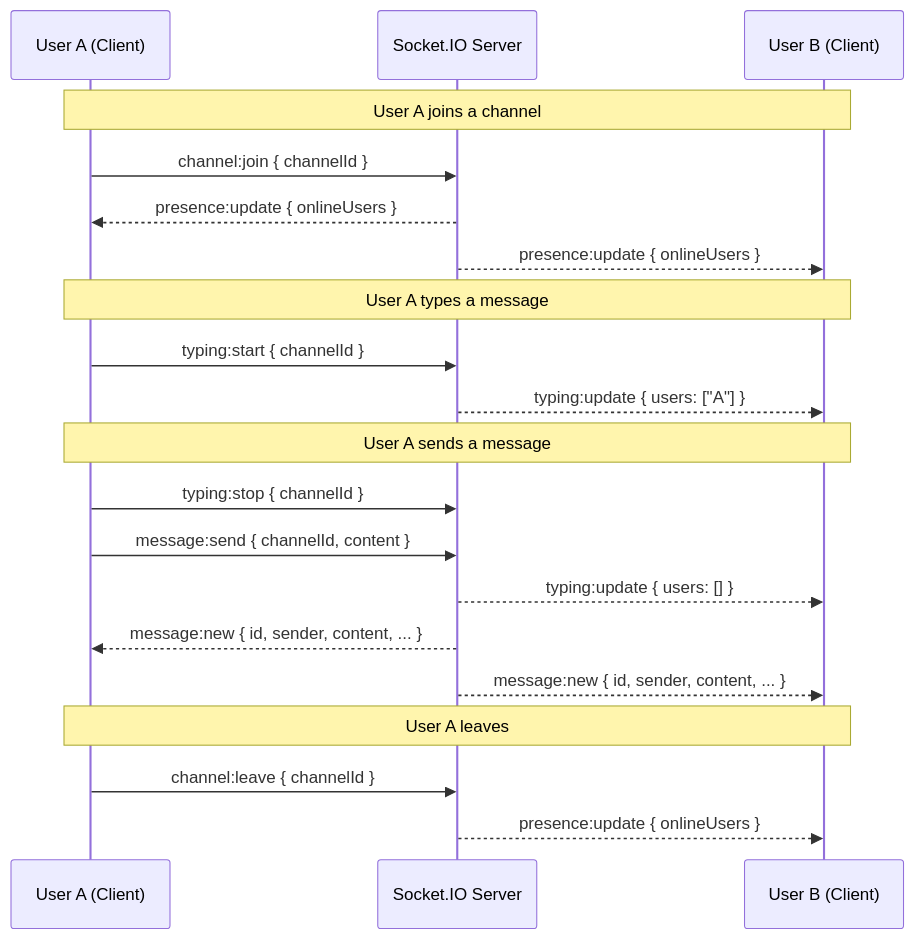
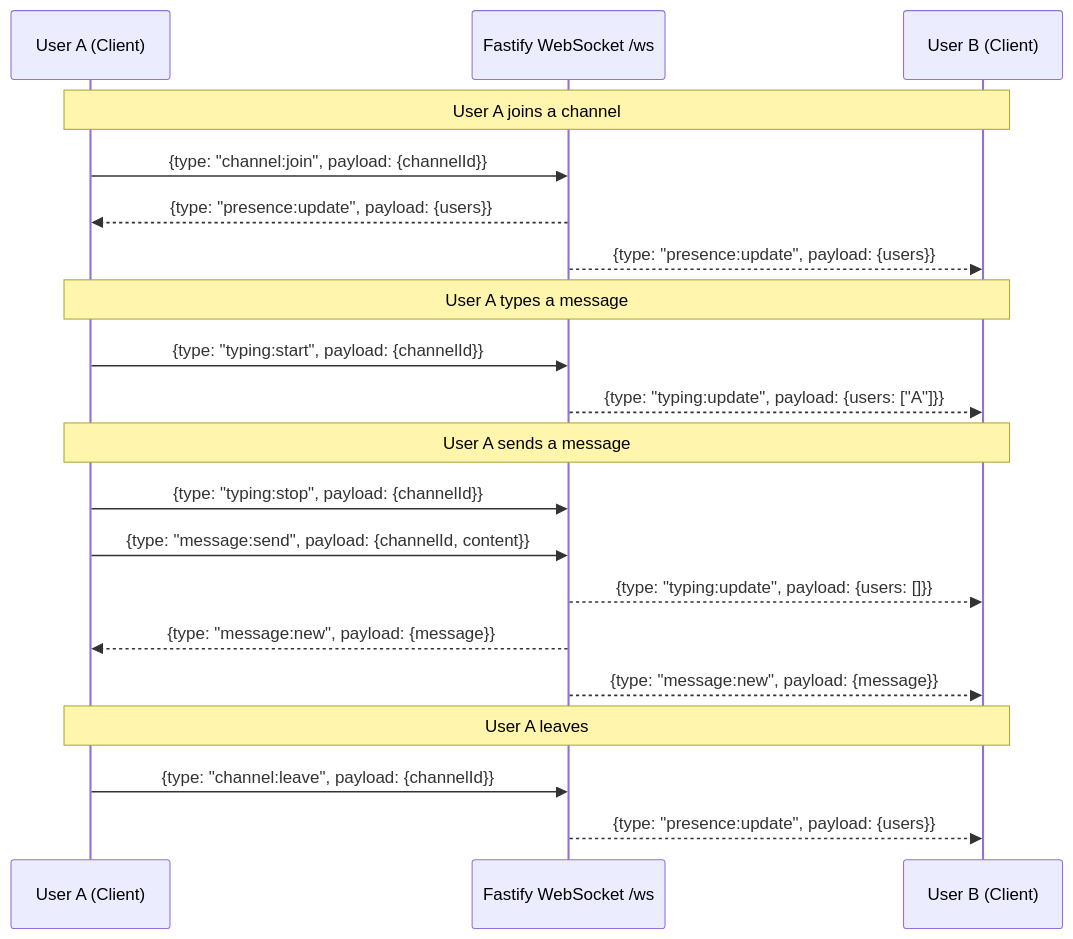
Before and after one commit to davidjonesibm/chat: the fourth of 7 diagrams in docs/ARCHITECTURE.md, drawn with Mermaid. The commit also changed other lines of this file and 64 other files, not shown here.

````diff
--- a/docs/ARCHITECTURE.md
+++ b/docs/ARCHITECTURE.md
@@ -319,26 +336,26 @@
 ```mermaid
 sequenceDiagram
     participant A as User A (Client)
-    participant S as Socket.IO Server
+    participant S as Fastify WebSocket /ws
     participant B as User B (Client)
 
     Note over A,B: User A joins a channel
-    A->>S: channel:join { channelId }
-    S-->>A: presence:update { onlineUsers }
-    S-->>B: presence:update { onlineUsers }
+    A->>S: {type: "channel:join", payload: {channelId}}
+    S-->>A: {type: "presence:update", payload: {users}}
+    S-->>B: {type: "presence:update", payload: {users}}
 
     Note over A,B: User A types a message
-    A->>S: typing:start { channelId }
-    S-->>B: typing:update { users: ["A"] }
+    A->>S: {type: "typing:start", payload: {channelId}}
+    S-->>B: {type: "typing:update", payload: {users: ["A"]}}
 
     Note over A,B: User A sends a message
-    A->>S: typing:stop { channelId }
-    A->>S: message:send { channelId, content }
-    S-->>B: typing:update { users: [] }
-    S-->>A: message:new { id, sender, content, ... }
-    S-->>B: message:new { id, sender, content, ... }
+    A->>S: {type: "typing:stop", payload: {channelId}}
+    A->>S: {type: "message:send", payload: {channelId, content}}
+    S-->>B: {type: "typing:update", payload: {users: []}}
+    S-->>A: {type: "message:new", payload: {message}}
+    S-->>B: {type: "message:new", payload: {message}}
 
     Note over A,B: User A leaves
-    A->>S: channel:leave { channelId }
-    S-->>B: presence:update { onlineUsers }
+    A->>S: {type: "channel:leave", payload: {channelId}}
+    S-->>B: {type: "presence:update", payload: {users}}
 ```
````
